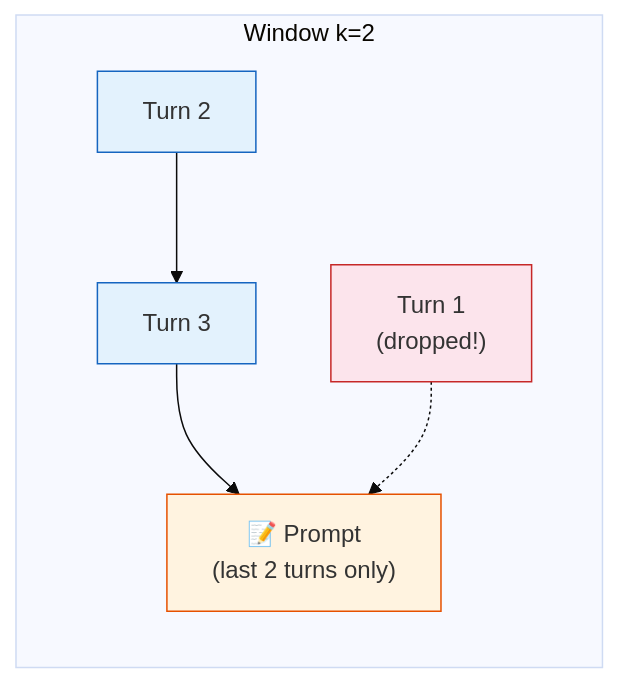
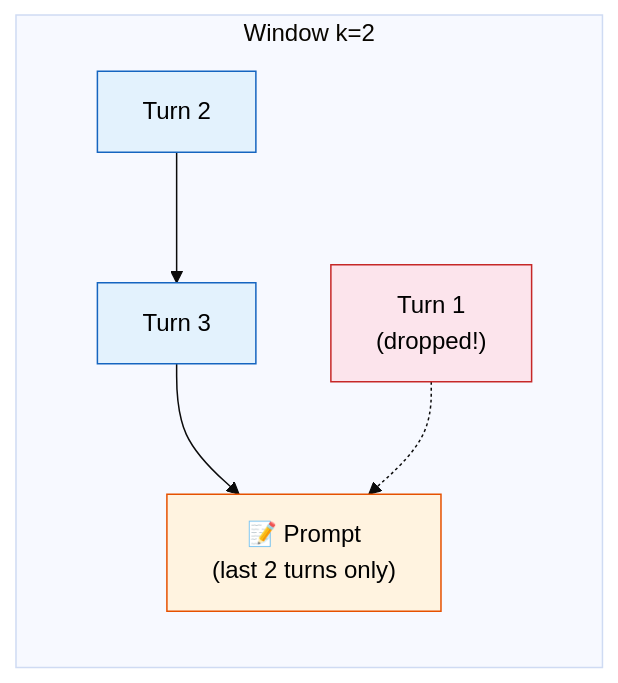
One commit to remolaan/Agentic-AI-Cookbook changed the fourth of 6 diagrams in 06_memory/README.md. Above: the diagram before and after it, drawn with Mermaid (base theme). The commit also changed other lines of this file and 45 other files, not shown here.

Commit message:
Fix Mermaid diagram text colors for readability across all READMEs

````diff
--- a/06_memory/README.md
+++ b/06_memory/README.md
@@ -141,11 +141,11 @@
 ```mermaid
 flowchart LR
     subgraph "Window k=2"
         T2["Turn 2"] --> T3["Turn 3"] --> P["📝 Prompt<br/>(last 2 turns only)"]
         T1["Turn 1<br/>(dropped!)"] -.-> P
     end
-    style T1 fill:#fce4ec,stroke:#c62828
-    style T2 fill:#e3f2fd,stroke:#1565c0
-    style T3 fill:#e3f2fd,stroke:#1565c0
-    style P fill:#fff3e0,stroke:#e65100
+    style T1 fill:#fce4ec,stroke:#c62828,color:#000000
+    style T2 fill:#e3f2fd,stroke:#1565c0,color:#000000
+    style T3 fill:#e3f2fd,stroke:#1565c0,color:#000000
+    style P fill:#fff3e0,stroke:#e65100,color:#000000
 ```
````
